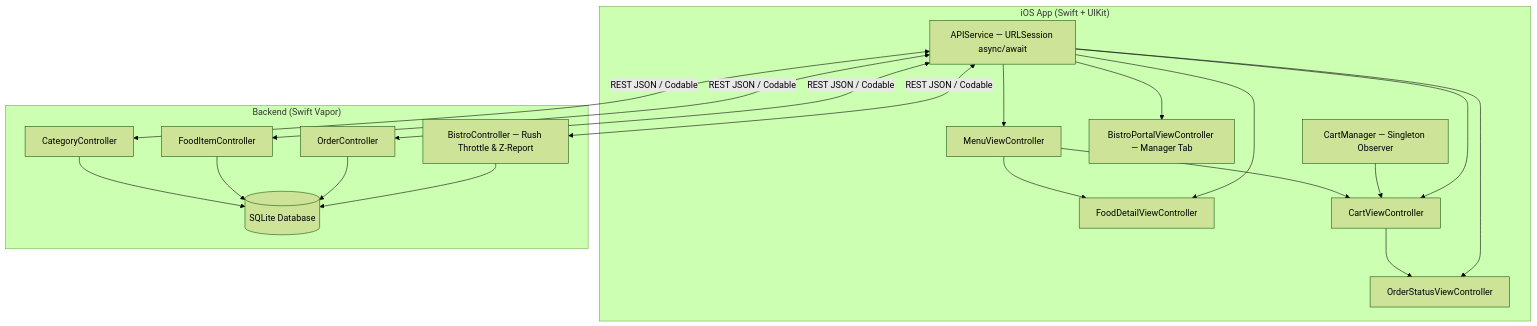
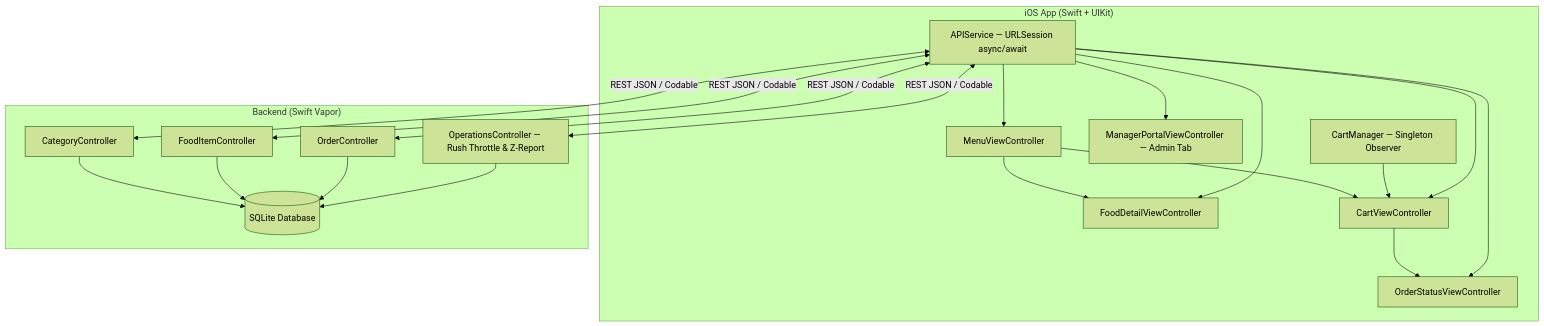
The diagram in readme.md (sailesh3010/Biteflow), drawn with Mermaid (forest theme) before and after one commit. The commit also changed other lines of this file, not shown here.

Commit message:
docs: Update README header and remove all bistro references

````diff
--- a/readme.md
+++ b/readme.md
@@ -5,32 +9,32 @@
 ```mermaid
 flowchart TB
     subgraph iOS["iOS App (Swift + UIKit)"]
         A[MenuViewController] --> B[FoodDetailViewController]
         A --> C[CartViewController]
         C --> D[OrderStatusViewController]
-        P[BistroPortalViewController — Manager Tab]
+        P[ManagerPortalViewController — Admin Tab]
         E[CartManager — Singleton Observer] --> C
         F[APIService — URLSession async/await] --> A
         F --> B
         F --> C
         F --> D
         F --> P
     end
 
     subgraph Backend["Backend (Swift Vapor)"]
         G[CategoryController]
         H[FoodItemController]
         I[OrderController]
-        K[BistroController — Rush Throttle & Z-Report]
+        K[OperationsController — Rush Throttle & Z-Report]
         J[(SQLite Database)]
         G --> J
         H --> J
         I --> J
         K --> J
     end
 
     F <-->|REST JSON / Codable| G
     F <-->|REST JSON / Codable| H
     F <-->|REST JSON / Codable| I
     F <-->|REST JSON / Codable| K
 ```
````
